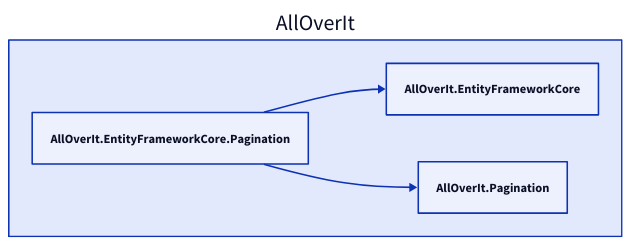
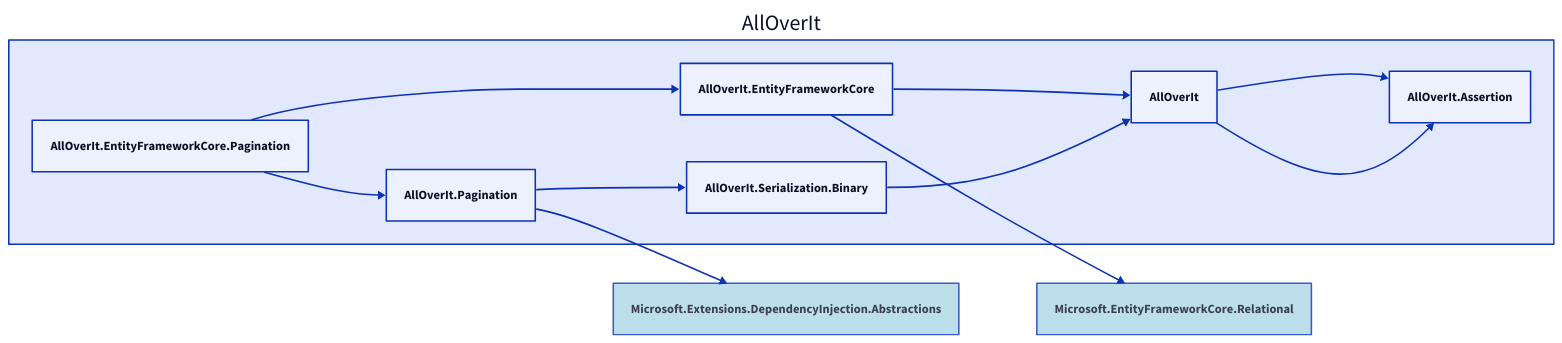
The diagram in Docs/Dependencies/alloverit-entityframeworkcore-pagination.d2 (nickathone/AllOverIt), drawn with D2 before and after one commit. The commit also changed 75 other files, not shown here.

```diff
--- a/Docs/Dependencies/alloverit-entityframeworkcore-pagination.d2
+++ b/Docs/Dependencies/alloverit-entityframeworkcore-pagination.d2
@@ -1,9 +1,25 @@
 direction: right
 
 aoi: AllOverIt
 aoi.alloverit-entityframeworkcore-pagination: AllOverIt.EntityFrameworkCore.Pagination
 aoi.alloverit-entityframeworkcore: AllOverIt.EntityFrameworkCore
+aoi.alloverit: AllOverIt
+aoi.alloverit-assertion: AllOverIt.Assertion
+microsoft-entityframeworkcore-relational: Microsoft.EntityFrameworkCore.Relational
+microsoft-entityframeworkcore-relational.style.fill: lightblue
+microsoft-entityframeworkcore-relational.style.opacity: 0.8
 aoi.alloverit-pagination: AllOverIt.Pagination
+aoi.alloverit-serialization-binary: AllOverIt.Serialization.Binary
+microsoft-extensions-dependencyinjection-abstractions: Microsoft.Extensions.DependencyInjection.Abstractions
+microsoft-extensions-dependencyinjection-abstractions.style.fill: lightblue
+microsoft-extensions-dependencyinjection-abstractions.style.opacity: 0.8
 
 aoi.alloverit-entityframeworkcore <- aoi.alloverit-entityframeworkcore-pagination
+aoi.alloverit <- aoi.alloverit-entityframeworkcore
+aoi.alloverit-assertion <- aoi.alloverit
+microsoft-entityframeworkcore-relational <- aoi.alloverit-entityframeworkcore
 aoi.alloverit-pagination <- aoi.alloverit-entityframeworkcore-pagination
+aoi.alloverit-serialization-binary <- aoi.alloverit-pagination
+aoi.alloverit <- aoi.alloverit-serialization-binary
+aoi.alloverit-assertion <- aoi.alloverit
+microsoft-extensions-dependencyinjection-abstractions <- aoi.alloverit-pagination
```
